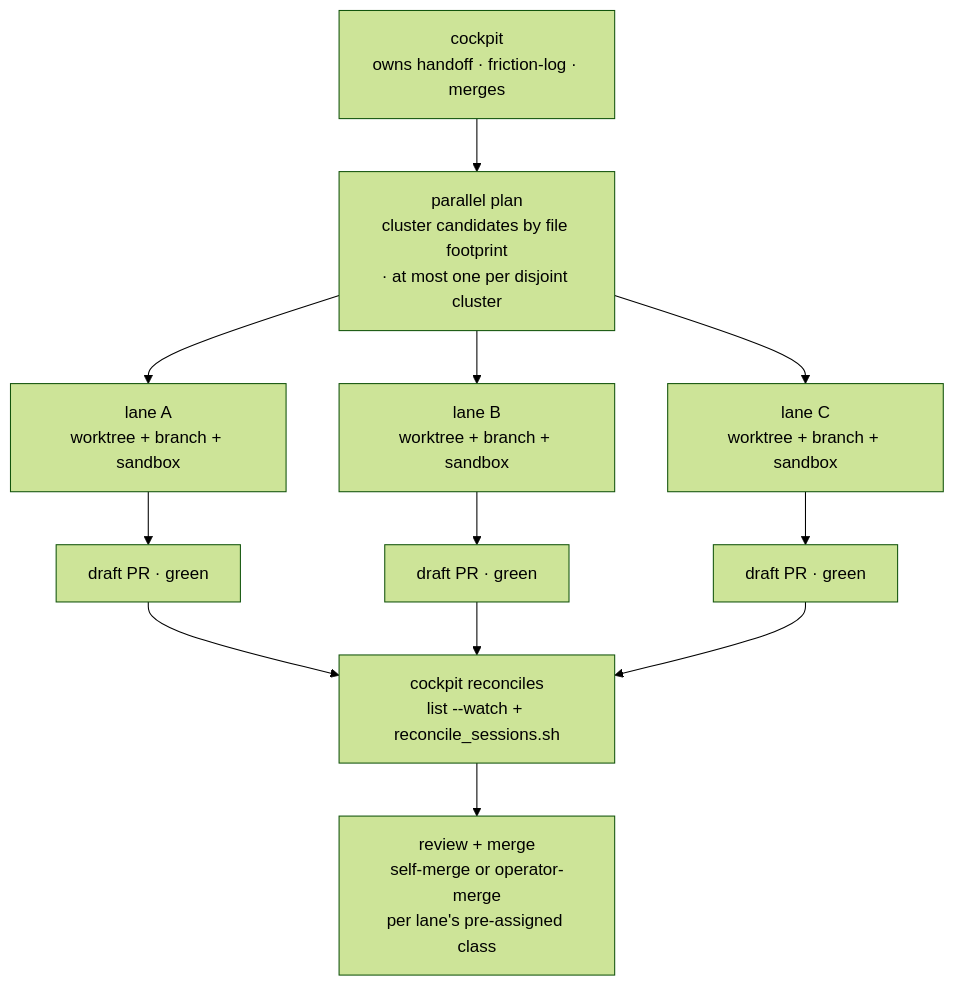
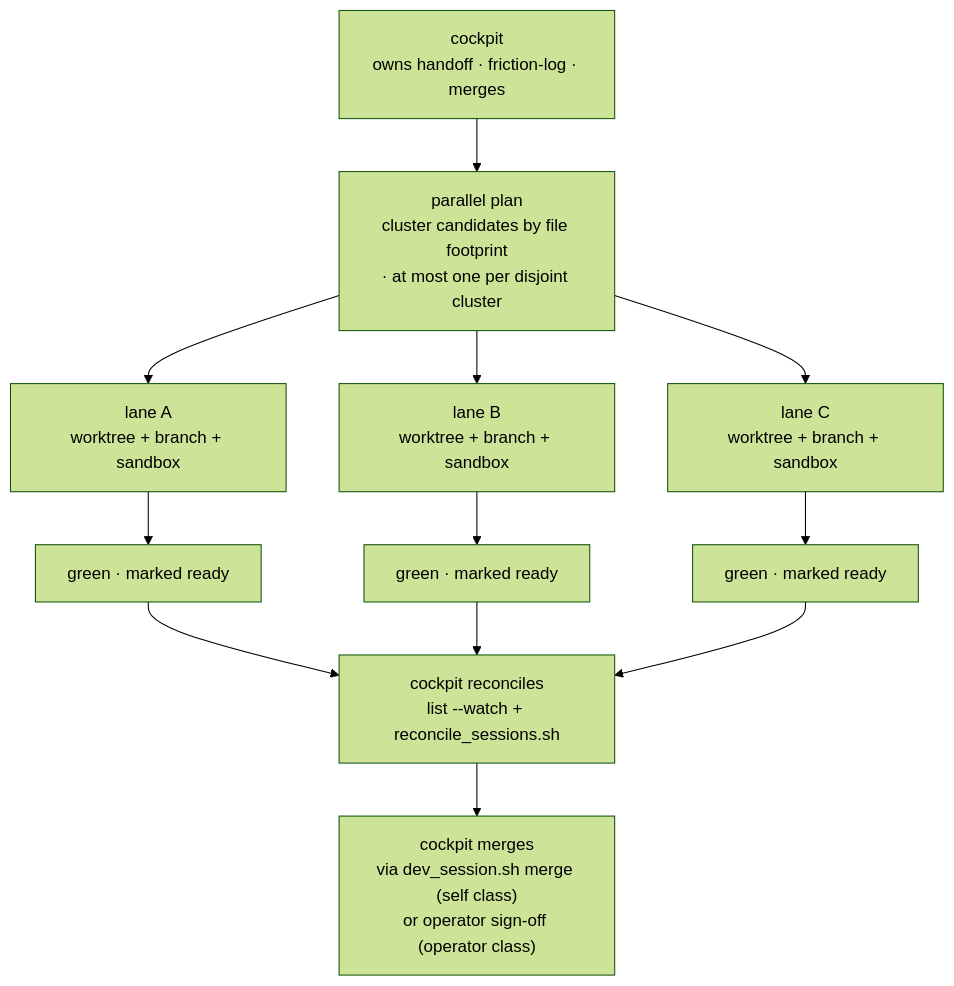
One commit to topij/agentic-dev-kit changed the diagram in docs/parallel-dev.md. Above: the diagram before and after it, drawn with Mermaid (forest theme). The commit also changed 3 other files, not shown here.

First line of the commit message:
docs: align merge-authority wording with cockpit-only merge

````diff
--- a/docs/parallel-dev.md
+++ b/docs/parallel-dev.md
@@ -51,14 +51,14 @@
 ```mermaid
 flowchart TD
     CP["cockpit<br/>owns handoff · friction-log · merges"] --> Plan["parallel plan<br/>cluster candidates by file footprint<br/>· at most one per disjoint cluster"]
     Plan --> L1["lane A<br/>worktree + branch + sandbox"]
     Plan --> L2["lane B<br/>worktree + branch + sandbox"]
     Plan --> L3["lane C<br/>worktree + branch + sandbox"]
-    L1 --> D1["draft PR · green"]
-    L2 --> D2["draft PR · green"]
-    L3 --> D3["draft PR · green"]
+    L1 --> D1["green · marked ready"]
+    L2 --> D2["green · marked ready"]
+    L3 --> D3["green · marked ready"]
     D1 --> R["cockpit reconciles<br/>list --watch + reconcile_sessions.sh"]
     D2 --> R
     D3 --> R
-    R --> M["review + merge<br/>self-merge or operator-merge<br/>per lane's pre-assigned class"]
+    R --> M["cockpit merges<br/>via dev_session.sh merge (self class)<br/>or operator sign-off (operator class)"]
 ```
````
